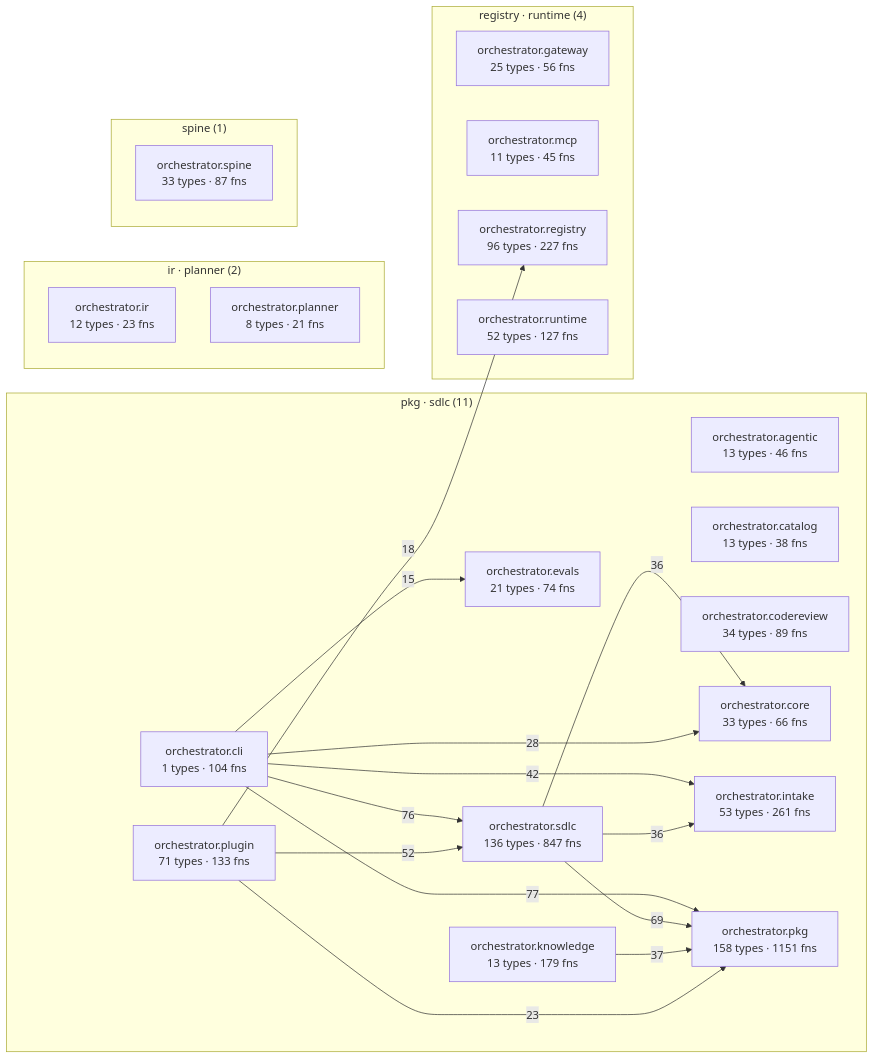
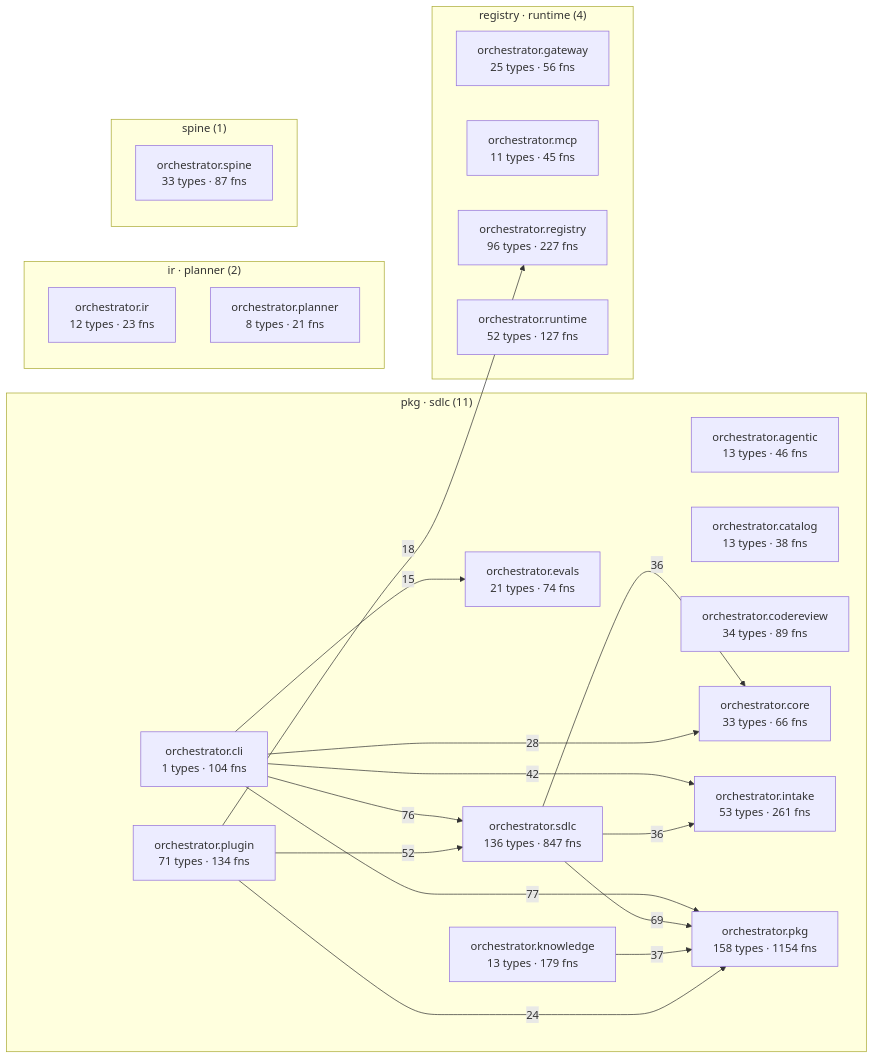
Before and after one commit to synaptixs/spine: the diagram in episteme/architecture.md, drawn with Mermaid. The commit also changed other lines of this file and 19 other files, not shown here.

````diff
--- a/episteme/architecture.md
+++ b/episteme/architecture.md
@@ -55,41 +55,41 @@
 ```mermaid
 flowchart LR
   subgraph c_2["pkg · sdlc (11)"]
     aorchestratoragentic["orchestrator.agentic<br/>13 types · 46 fns"]
     aorchestratorcatalog["orchestrator.catalog<br/>13 types · 38 fns"]
     aorchestratorcli["orchestrator.cli<br/>1 types · 104 fns"]
     aorchestratorcodereview["orchestrator.codereview<br/>34 types · 89 fns"]
     aorchestratorcore["orchestrator.core<br/>33 types · 66 fns"]
     aorchestratorevals["orchestrator.evals<br/>21 types · 74 fns"]
     aorchestratorintake["orchestrator.intake<br/>53 types · 261 fns"]
     aorchestratorknowledge["orchestrator.knowledge<br/>13 types · 179 fns"]
-    aorchestratorpkg["orchestrator.pkg<br/>158 types · 1151 fns"]
-    aorchestratorplugin["orchestrator.plugin<br/>71 types · 133 fns"]
+    aorchestratorpkg["orchestrator.pkg<br/>158 types · 1154 fns"]
+    aorchestratorplugin["orchestrator.plugin<br/>71 types · 134 fns"]
     aorchestratorsdlc["orchestrator.sdlc<br/>136 types · 847 fns"]
   end
   subgraph c_4["registry · runtime (4)"]
     aorchestratorgateway["orchestrator.gateway<br/>25 types · 56 fns"]
     aorchestratormcp["orchestrator.mcp<br/>11 types · 45 fns"]
     aorchestratorregistry["orchestrator.registry<br/>96 types · 227 fns"]
     aorchestratorruntime["orchestrator.runtime<br/>52 types · 127 fns"]
   end
   subgraph c_6["ir · planner (2)"]
     aorchestratorir["orchestrator.ir<br/>12 types · 23 fns"]
     aorchestratorplanner["orchestrator.planner<br/>8 types · 21 fns"]
   end
   subgraph c_11["spine (1)"]
     aorchestratorspine["orchestrator.spine<br/>33 types · 87 fns"]
   end
   aorchestratorcli -->|77| aorchestratorpkg
   aorchestratorcli -->|76| aorchestratorsdlc
   aorchestratorsdlc -->|69| aorchestratorpkg
   aorchestratorplugin -->|52| aorchestratorsdlc
   aorchestratorcli -->|42| aorchestratorintake
   aorchestratorknowledge -->|37| aorchestratorpkg
   aorchestratorsdlc -->|36| aorchestratorcore
   aorchestratorsdlc -->|36| aorchestratorintake
   aorchestratorcli -->|28| aorchestratorcore
-  aorchestratorplugin -->|23| aorchestratorpkg
+  aorchestratorplugin -->|24| aorchestratorpkg
   aorchestratorplugin -->|18| aorchestratorregistry
   aorchestratorcli -->|15| aorchestratorevals
 ```
````
